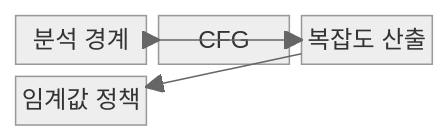
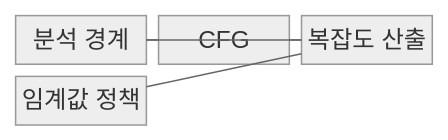
One commit to agnusdei1207/knowledge-base changed the first of 2 diagrams in src/content/docs/notes/06-evaluation/035_cyclomatic_complexity.md. Above: the diagram before and after it, drawn with Mermaid (neutral theme). The commit also changed other lines of this file and 493 other files, not shown here.

````diff
--- a/src/content/docs/notes/06-evaluation/035_cyclomatic_complexity.md
+++ b/src/content/docs/notes/06-evaluation/035_cyclomatic_complexity.md
@@ -72,10 +72,10 @@
 ```mermaid
 block-beta
     columns 3
     B["분석 경계"] C["CFG"]
     V["복잡도 산출"] P["임계값 정책"]
-    B --> C
-    C --> V
-    V --> P
+    B --- C
+    C --- V
+    V --- P
   B --- V
 ```
````
